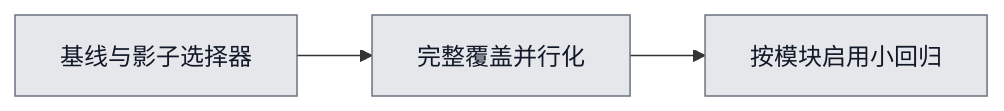
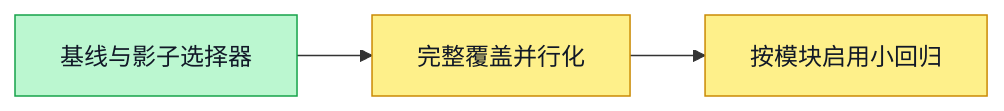
Before and after one commit to boardx/workspacex: the diagram in docs/superpowers/plans/2026-10-31-ci-targeted-regression.md, drawn with Mermaid. The commit also changed other lines of this file and 8 other files, not shown here.

````diff
--- a/docs/superpowers/plans/2026-10-31-ci-targeted-regression.md
+++ b/docs/superpowers/plans/2026-10-31-ci-targeted-regression.md
@@ -69,7 +69,10 @@
 ```mermaid
 flowchart LR
  A[基线与影子选择器] --> B[完整覆盖并行化]
  B --> C[按模块启用小回归]
  classDef todo fill:#e5e7eb,stroke:#6b7280,color:#111827
- class A,B,C todo
+ classDef done fill:#bbf7d0,stroke:#16a34a,color:#111827
+ classDef active fill:#fef08a,stroke:#ca8a04,color:#111827
+ class A done
+ class B,C active
 ```
````
